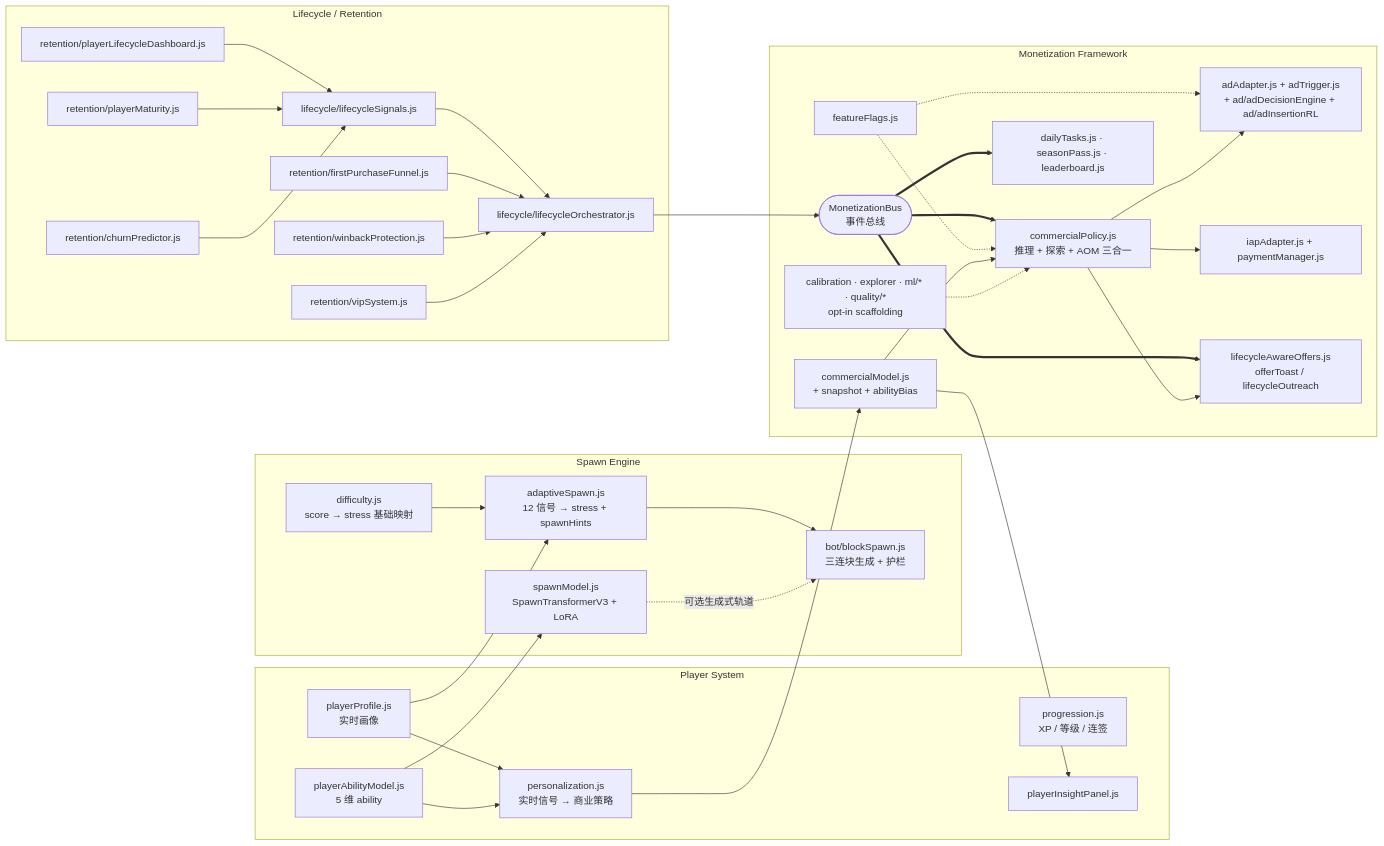
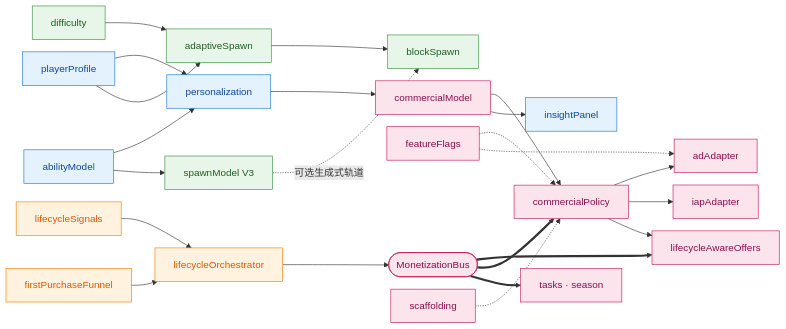
Before and after one commit to btbujiangjun/openblock: the fifth of 11 diagrams in docs/architecture/SYSTEM_ARCHITECTURE_DIAGRAMS.md, drawn with Mermaid. The commit also changed other lines of this file and 21 other files, not shown here.

First line of the commit message:
feat(docs,portal): 文档门户全栈升级 — 三视图架构图 + 全部紧凑化重写 + 渲染工具链

````diff
--- a/docs/architecture/SYSTEM_ARCHITECTURE_DIAGRAMS.md
+++ b/docs/architecture/SYSTEM_ARCHITECTURE_DIAGRAMS.md
@@ -104,70 +398,63 @@
 ```mermaid
+---
+config:
+  flowchart:
+    nodeSpacing: 20
+    rankSpacing: 38
+    htmlLabels: true
+---
 flowchart LR
-  subgraph playerSys["Player System"]
-    playerProfile["playerProfile.js<br/>实时画像"]
-    abilityModel["playerAbilityModel.js<br/>5 维 ability"]
-    progression["progression.js<br/>XP / 等级 / 连签"]
-    personalization["personalization.js<br/>实时信号 → 商业策略"]
-    insightPanel["playerInsightPanel.js"]
-  end
+  classDef p fill:#e3f2fd,stroke:#1976d2,color:#0d47a1
+  classDef s fill:#e8f5e9,stroke:#388e3c,color:#1b5e20
+  classDef l fill:#fff3e0,stroke:#f57c00,color:#e65100
+  classDef m fill:#fce4ec,stroke:#c2185b,color:#880e4f
 
-  subgraph spawnEngine["Spawn Engine"]
-    adaptiveSpawn["adaptiveSpawn.js<br/>12 信号 → stress + spawnHints"]
-    difficulty["difficulty.js<br/>score → stress 基础映射"]
-    blockSpawn["bot/blockSpawn.js<br/>三连块生成 + 护栏"]
-    spawnModel["spawnModel.js<br/>SpawnTransformerV3 + LoRA"]
-  end
+  playerProfile["playerProfile"]:::p
+  abilityModel["abilityModel"]:::p
+  personalization["personalization"]:::p
+  insightPanel["insightPanel"]:::p
 
-  subgraph lifecycle["Lifecycle / Retention"]
-    orchestrator["lifecycle/lifecycleOrchestrator.js"]
-    signals["lifecycle/lifecycleSignals.js"]
-    dashboard["retention/playerLifecycleDashboard.js"]
-    maturity["retention/playerMaturity.js"]
-    churn["retention/churnPredictor.js"]
-    funnel["retention/firstPurchaseFunnel.js"]
-    winback["retention/winbackProtection.js"]
-    vip["retention/vipSystem.js"]
-  end
+  difficulty["difficulty"]:::s
+  adaptiveSpawn["adaptiveSpawn"]:::s
+  blockSpawn["blockSpawn"]:::s
+  spawnModel["spawnModel V3"]:::s
 
-  subgraph monFW["Monetization Framework"]
-    bus(["MonetizationBus<br/>事件总线"])
-    flags["featureFlags.js"]
-    commercialModel["commercialModel.js<br/>+ snapshot + abilityBias"]
-    commercialPolicy["commercialPolicy.js<br/>推理 + 探索 + AOM 三合一"]
-    adAdapter["adAdapter.js + adTrigger.js<br/>+ ad/adDecisionEngine + ad/adInsertionRL"]
-    iapAdapter["iapAdapter.js + paymentManager.js"]
-    offers["lifecycleAwareOffers.js<br/>offerToast / lifecycleOutreach"]
-    tasks["dailyTasks.js · seasonPass.js · leaderboard.js"]
-    algo["calibration · explorer · ml/* · quality/*<br/>opt-in scaffolding"]
-  end
+  signals["lifecycleSignals"]:::l
+  orchestrator["lifecycleOrchestrator"]:::l
+  funnel["firstPurchaseFunnel"]:::l
+
+  bus(["MonetizationBus"]):::m
+  flags["featureFlags"]:::m
+  commercialModel["commercialModel"]:::m
+  commercialPolicy["commercialPolicy"]:::m
+  adAdapter["adAdapter"]:::m
+  iapAdapter["iapAdapter"]:::m
+  offers["lifecycleAwareOffers"]:::m
+  tasks["tasks · season"]:::m
+  algo["scaffolding"]:::m
 
   playerProfile --> personalization
   abilityModel --> personalization
   playerProfile --> adaptiveSpawn
   difficulty --> adaptiveSpawn
   adaptiveSpawn --> blockSpawn
-  spawnModel -.->|可选生成式轨道| blockSpawn
+  spawnModel -. 可选生成式轨道 .-> blockSpawn
   abilityModel --> spawnModel
 
   signals --> orchestrator
-  dashboard --> signals
-  maturity --> signals
-  churn --> signals
+  funnel --> orchestrator
   orchestrator --> bus
-  funnel --> orchestrator
-  winback --> orchestrator
-  vip --> orchestrator
 
   bus ==> offers
   bus ==> commercialPolicy
+  bus ==> tasks
   flags -.-> commercialPolicy
   flags -.-> adAdapter
   personalization --> commercialModel
   commercialModel --> commercialPolicy
   algo -.-> commercialPolicy
   commercialPolicy --> adAdapter
   commercialPolicy --> iapAdapter
   commercialPolicy --> offers
-  bus ==> tasks
   commercialModel --> insightPanel
 ```
````
